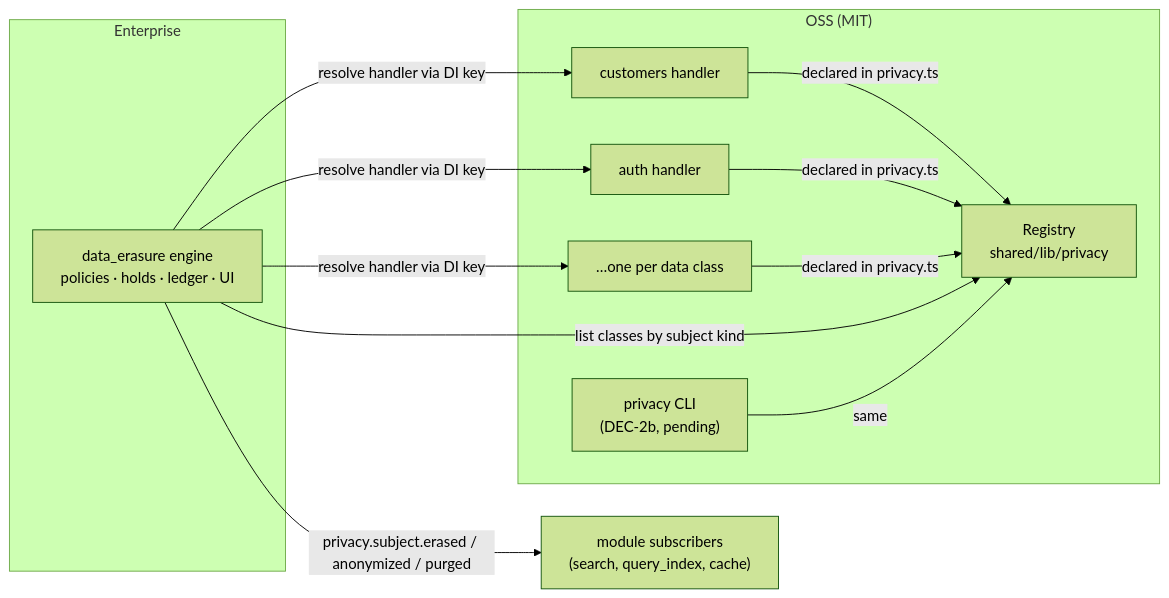
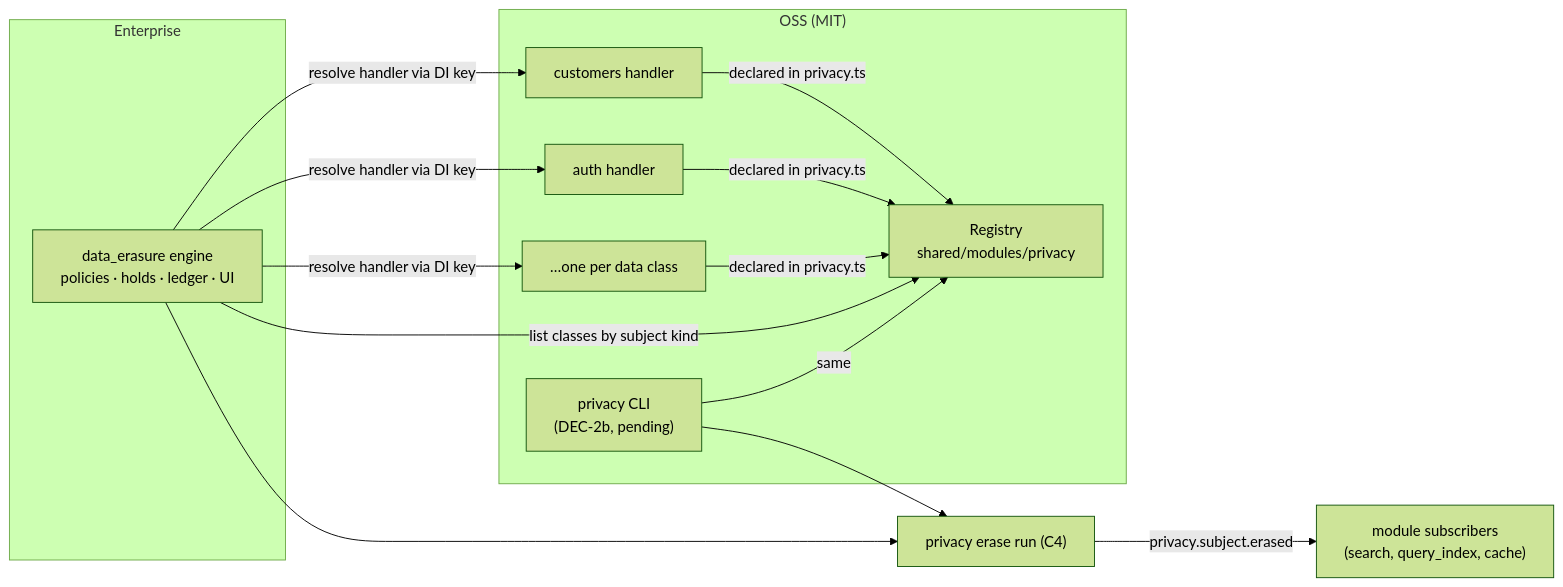
The diagram in .ai/specs/2026-11-15-gdpr-ready-deployments-program.md (open-mercato/open-mercato), drawn with Mermaid (forest theme) before and after one commit. The commit also changed other lines of this file and 50 other files, not shown here.

````diff
--- a/.ai/specs/2026-11-15-gdpr-ready-deployments-program.md
+++ b/.ai/specs/2026-11-15-gdpr-ready-deployments-program.md
@@ -162,18 +516,19 @@
 ```mermaid
 flowchart LR
   subgraph OSS["OSS (MIT)"]
-    R["Registry<br/>shared/lib/privacy"]
+    R["Registry<br/>shared/modules/privacy"]
     H1["customers handler"]
     H2["auth handler"]
     H3["…one per data class"]
     CLI["privacy CLI<br/>(DEC-2b, pending)"]
   end
   subgraph ENT["Enterprise"]
     E["data_erasure engine<br/>policies · holds · ledger · UI"]
   end
   H1 & H2 & H3 -- "declared in privacy.ts" --> R
   E -- "list classes by subject kind" --> R
   CLI -- same --> R
   E -- "resolve handler via DI key" --> H1 & H2 & H3
-  E -- "privacy.subject.erased / anonymized / purged" --> S["module subscribers<br/>(search, query_index, cache)"]
+  CLI & E --> RUN["privacy erase run (C4)"]
+  RUN -- "privacy.subject.erased" --> S["module subscribers<br/>(search, query_index, cache)"]
 ```
````
